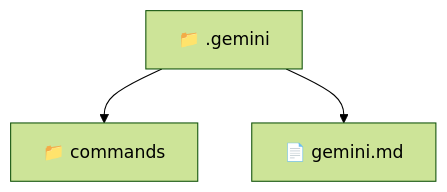
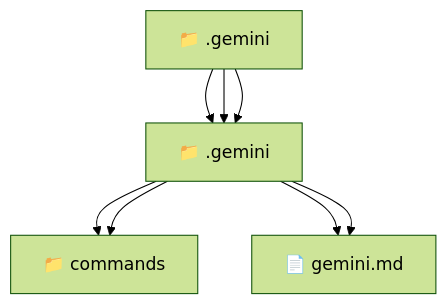
One commit to beginwebdev2002/fullstack-mavluda changed the diagram in .gemini/README.md. Above: the diagram before and after it, drawn with Mermaid (forest theme). The commit also changed 167 other files, not shown here.

````diff
--- a/.gemini/README.md
+++ b/.gemini/README.md
@@ -9,6 +9,10 @@
 ```mermaid
 graph TD
+  Root__gemini["📁 .gemini"]
   _gemini["📁 .gemini"]
+  Root__gemini --> _gemini
   _gemini --> commands["📁 commands"]
+  Root__gemini --> _gemini --> commands
   _gemini --> gemini_md["📄 gemini.md"]
+  Root__gemini --> _gemini --> gemini_md
 ```
````
